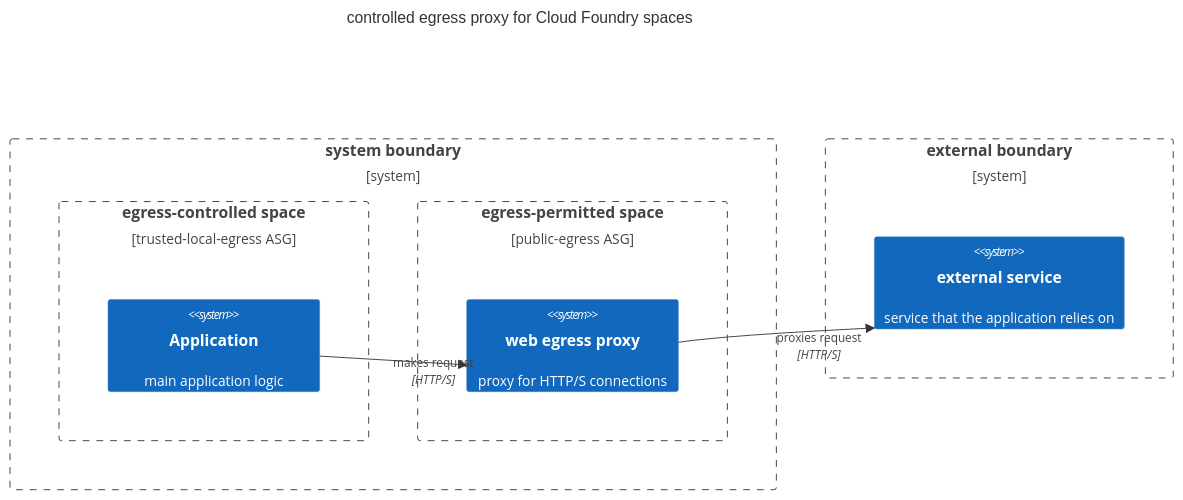
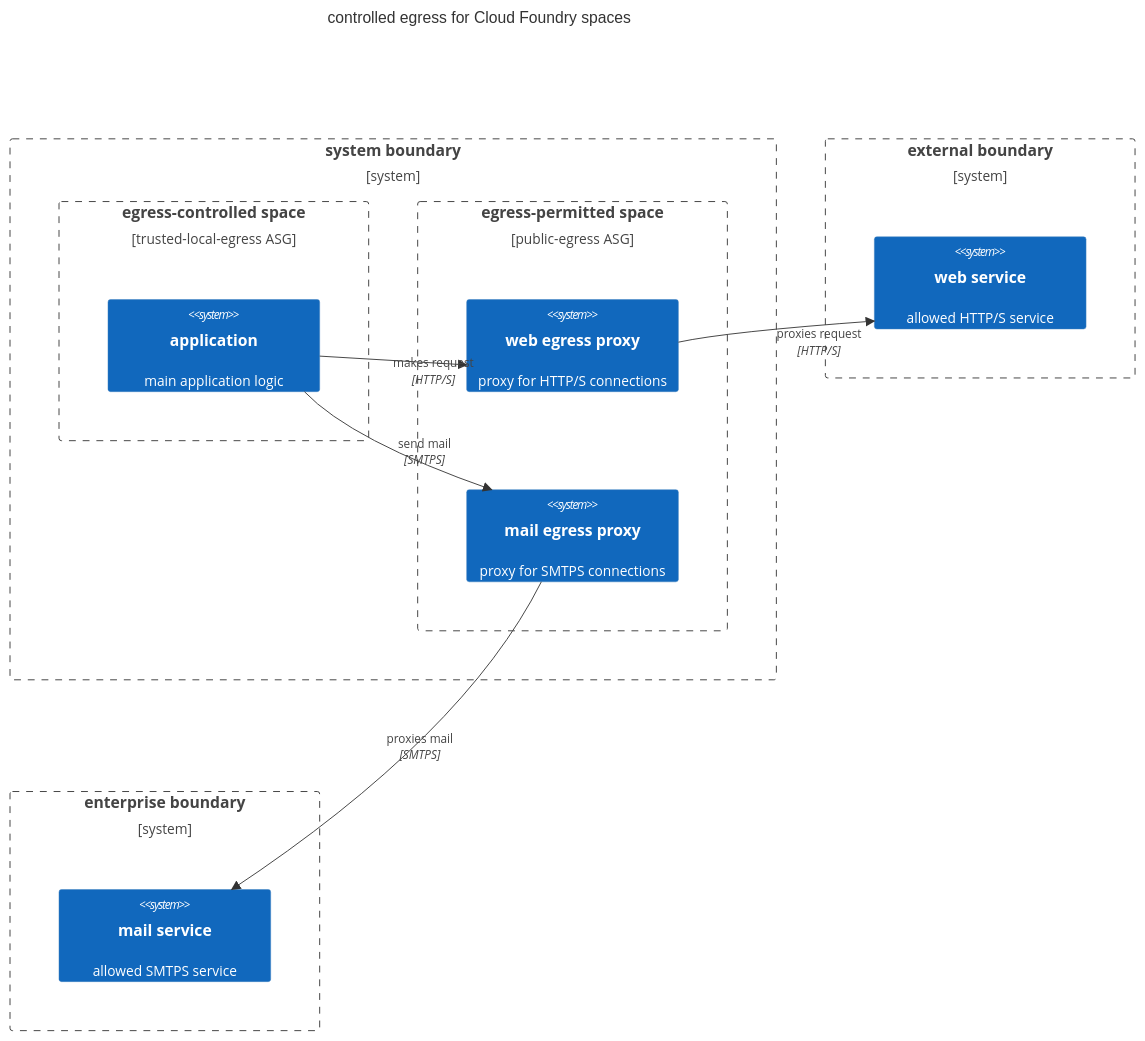
Before and after one commit to GSA-TTS/cg-egress-proxy: the diagram in README.md, drawn with Mermaid.

Commit message:
Add mail proxy to diagram

````diff
--- a/README.md
+++ b/README.md
@@ -30,20 +30,26 @@
 ```mermaid
     C4Context
-      title controlled egress proxy for Cloud Foundry spaces
+      title controlled egress for Cloud Foundry spaces
       Boundary(system, "system boundary") {
           Boundary(trusted_local_egress, "egress-controlled space", "trusted-local-egress ASG") {
-            System(application, "Application", "main application logic")
+            System(application, "application", "main application logic")
           }
 
           Boundary(public_egress, "egress-permitted space", "public-egress ASG") {
             System(https_proxy, "web egress proxy", "proxy for HTTP/S connections")
+            System(mail_proxy, "mail egress proxy", "proxy for SMTPS connections")
           }
       }
       
       Boundary(external_boundary, "external boundary") {
-        System(external_service, "external service", "service that the application relies on")
+        System(web_service, "web service", "allowed HTTP/S service")
+      }
+      Boundary(enterprise_boundary, "enterprise boundary") {
+        System(mail_service, "mail service", "allowed SMTPS service")
       }
 
       Rel(application, https_proxy, "makes request", "HTTP/S")
-      Rel(https_proxy, external_service, "proxies request", "HTTP/S")
+      Rel(application, mail_proxy, "send mail", "SMTPS")
+      Rel(https_proxy, web_service, "proxies request", "HTTP/S")
+      Rel(mail_proxy, mail_service, "proxies mail", "SMTPS")
 ```
````
